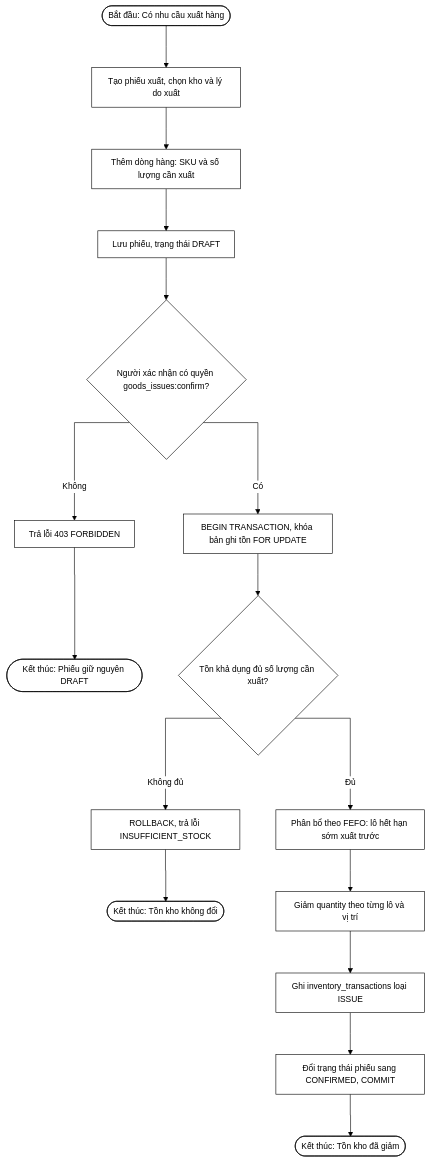
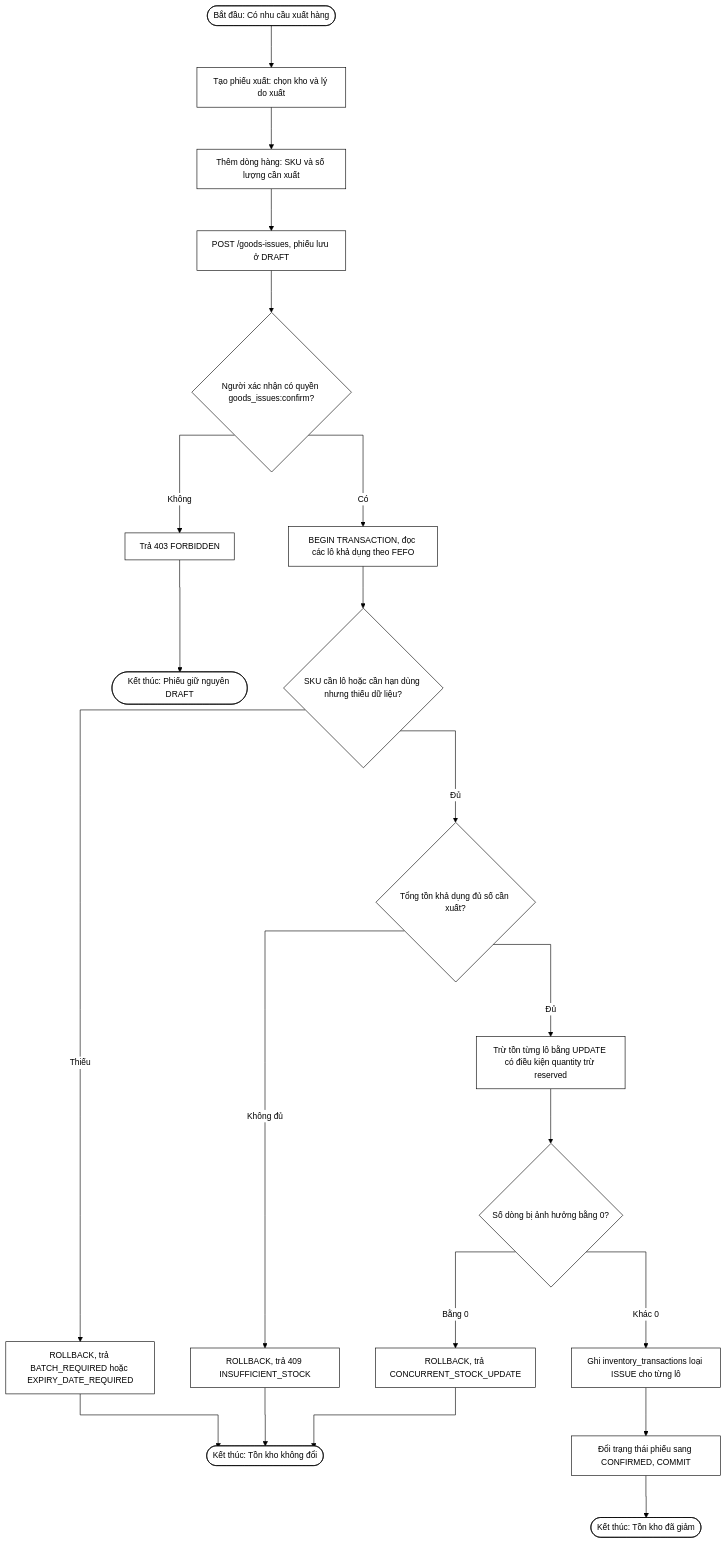
The diagram in docs/diagrams/03_2-4-1_2-quy-trinh-xuat-kho-goods-issue_flow.mmd (nguyenthihongnhu-dotcom/luanvan2026), drawn with Mermaid before and after one commit. The commit also changed 139 other files, not shown here.

Commit message:
new diagram

```diff
--- a/docs/diagrams/03_2-4-1_2-quy-trinh-xuat-kho-goods-issue_flow.mmd
+++ b/docs/diagrams/03_2-4-1_2-quy-trinh-xuat-kho-goods-issue_flow.mmd
@@ -1,39 +1,44 @@
 %%{init: {
   'theme': 'base',
   'themeVariables': {
     'primaryColor': '#ffffff',
     'primaryBorderColor': '#000000',
     'primaryTextColor': '#000000',
     'secondaryColor': '#ffffff',
     'secondaryBorderColor': '#000000',
     'secondaryTextColor': '#000000',
     'tertiaryColor': '#ffffff',
     'tertiaryBorderColor': '#000000',
     'tertiaryTextColor': '#000000',
     'lineColor': '#000000',
     'textColor': '#000000',
     'mainBkg': '#ffffff',
     'nodeBorder': '#000000',
     'clusterBkg': '#ffffff',
     'clusterBorder': '#000000',
     'edgeLabelBackground': '#ffffff',
     'fontSize': '14px'
   },
   'flowchart': { 'curve': 'stepAfter', 'nodeSpacing': 60, 'rankSpacing': 70, 'padding': 12, 'useMaxWidth': false }
 }}%%
 flowchart TD
-    Start(["Bắt đầu: Có nhu cầu xuất hàng"]) --> S1["Tạo phiếu xuất, chọn kho và lý do xuất"]
+    Start(["Bắt đầu: Có nhu cầu xuất hàng"]) --> S1["Tạo phiếu xuất: chọn kho và lý do xuất"]
     S1 --> S2["Thêm dòng hàng: SKU và số lượng cần xuất"]
-    S2 --> S3["Lưu phiếu, trạng thái DRAFT"]
+    S2 --> S3["POST /goods-issues, phiếu lưu ở DRAFT"]
     S3 --> S4{"Người xác nhận có quyền goods_issues:confirm?"}
-    S4 -->|Không| S5["Trả lỗi 403 FORBIDDEN"]
+    S4 -->|Không| S5["Trả 403 FORBIDDEN"]
     S5 --> End1(["Kết thúc: Phiếu giữ nguyên DRAFT"])
-    S4 -->|Có| S6["BEGIN TRANSACTION, khóa bản ghi tồn FOR UPDATE"]
-    S6 --> S7{"Tồn khả dụng đủ số lượng cần xuất?"}
-    S7 -->|Không đủ| S8["ROLLBACK, trả lỗi INSUFFICIENT_STOCK"]
+    S4 -->|Có| S6["BEGIN TRANSACTION, đọc các lô khả dụng theo FEFO"]
+    S6 --> S7{"SKU cần lô hoặc cần hạn dùng nhưng thiếu dữ liệu?"}
+    S7 -->|Thiếu| S8["ROLLBACK, trả BATCH_REQUIRED hoặc EXPIRY_DATE_REQUIRED"]
     S8 --> End2(["Kết thúc: Tồn kho không đổi"])
-    S7 -->|Đủ| S9["Phân bổ theo FEFO: lô hết hạn sớm xuất trước"]
-    S9 --> S10["Giảm quantity theo từng lô và vị trí"]
-    S10 --> S11["Ghi inventory_transactions loại ISSUE"]
-    S11 --> S12["Đổi trạng thái phiếu sang CONFIRMED, COMMIT"]
-    S12 --> End3(["Kết thúc: Tồn kho đã giảm"])
+    S7 -->|Đủ| S9{"Tổng tồn khả dụng đủ số cần xuất?"}
+    S9 -->|Không đủ| S10["ROLLBACK, trả 409 INSUFFICIENT_STOCK"]
+    S10 --> End2
+    S9 -->|Đủ| S11["Trừ tồn từng lô bằng UPDATE có điều kiện quantity trừ reserved"]
+    S11 --> S12{"Số dòng bị ảnh hưởng bằng 0?"}
+    S12 -->|Bằng 0| S13["ROLLBACK, trả CONCURRENT_STOCK_UPDATE"]
+    S13 --> End2
+    S12 -->|Khác 0| S14["Ghi inventory_transactions loại ISSUE cho từng lô"]
+    S14 --> S15["Đổi trạng thái phiếu sang CONFIRMED, COMMIT"]
+    S15 --> End3(["Kết thúc: Tồn kho đã giảm"])
```
